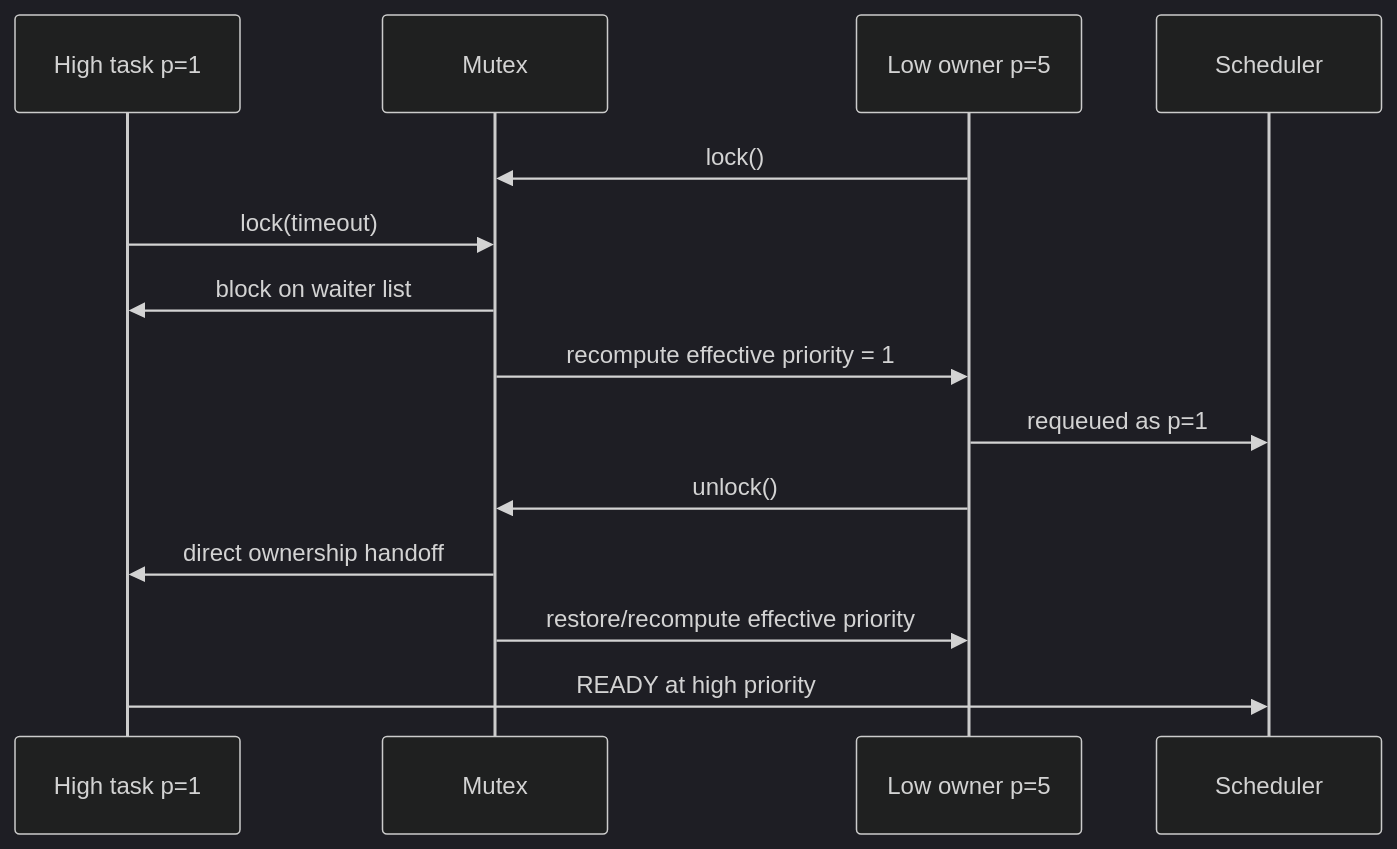
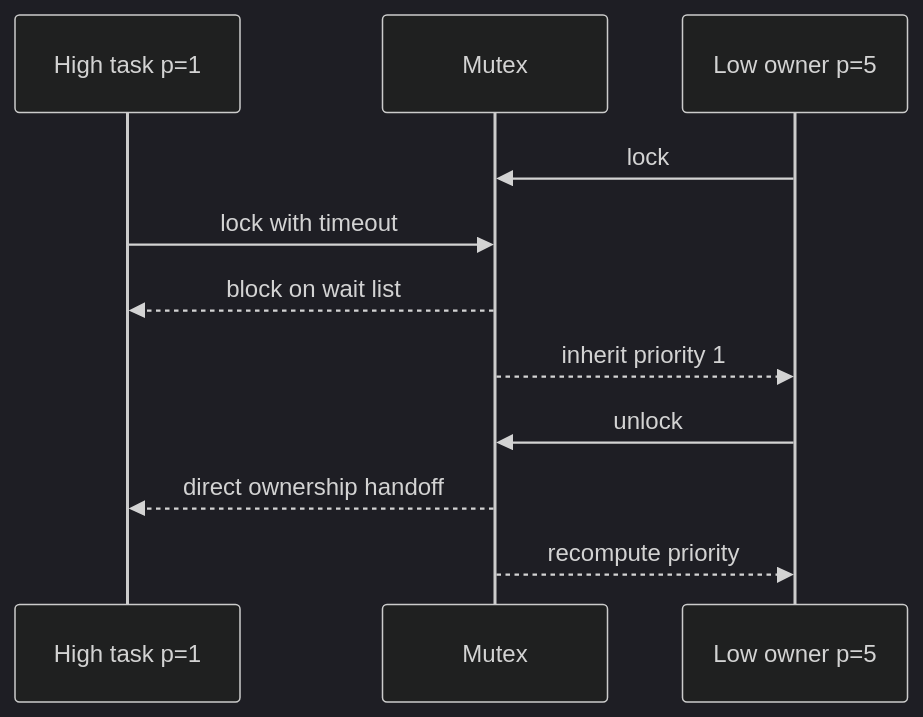
One commit to haikevins/hairtos changed the diagram in docs/02-synchronization/mutex.md. Above: the diagram before and after it, drawn with Mermaid (dark theme). The commit also changed other lines of this file and 82 other files, not shown here.

````diff
--- a/docs/02-synchronization/mutex.md
+++ b/docs/02-synchronization/mutex.md
@@ -47,16 +46,13 @@
 ```mermaid
 sequenceDiagram
     participant H as High task p=1
     participant M as Mutex
     participant L as Low owner p=5
-    participant S as Scheduler
-    L->>M: lock()
-    H->>M: lock(timeout)
-    M->>H: block on waiter list
-    M->>L: recompute effective priority = 1
-    L->>S: requeued as p=1
-    L->>M: unlock()
-    M->>H: direct ownership handoff
-    M->>L: restore/recompute effective priority
-    H->>S: READY at high priority
+    L->>M: lock
+    H->>M: lock with timeout
+    M-->>H: block on wait list
+    M-->>L: inherit priority 1
+    L->>M: unlock
+    M-->>H: direct ownership handoff
+    M-->>L: recompute priority
 ```
````
